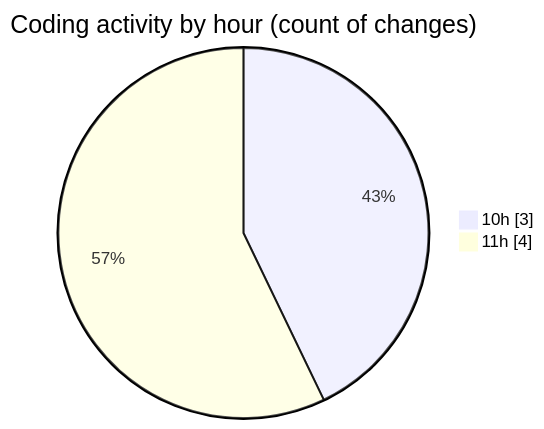
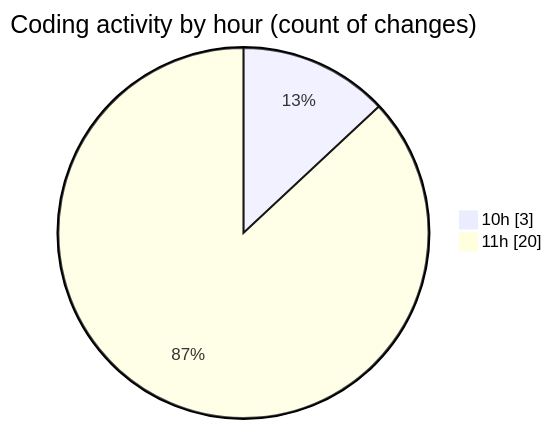
Before and after one commit to EIIisD/code-tracking: the second of 2 diagrams in 2025-08-14/ribbon/README.md, drawn with Mermaid. The commit also changed other lines of this file and 1 other file, not shown here.

````diff
--- a/2025-08-14/ribbon/README.md
+++ b/2025-08-14/ribbon/README.md
@@ -31,6 +34,6 @@
 ```mermaid
 pie showData
 title Coding activity by hour (count of changes)
 "10h" : 3
-"11h" : 4
+"11h" : 20
 ```
````
